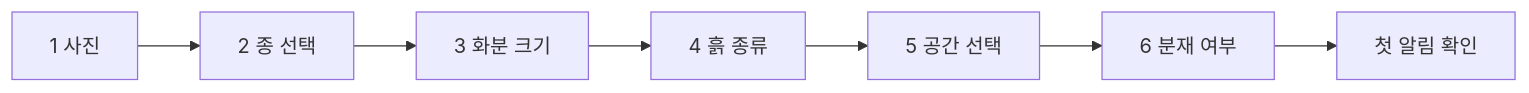
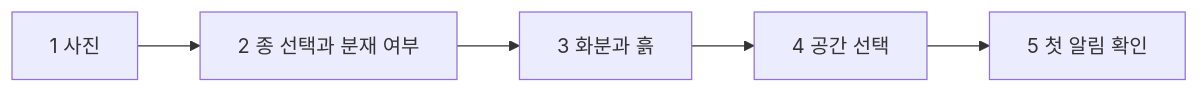
The third of 5 diagrams in SPEC.md (simonwhere/multtae), drawn with Mermaid before and after one commit. The commit also changed other lines of this file and 17 other files, not shown here.

````diff
--- a/SPEC.md
+++ b/SPEC.md
@@ -189,9 +186,7 @@
 ```mermaid
 flowchart LR
-  A[1 사진] --> B[2 종 선택]
-  B --> C[3 화분 크기]
-  C --> D[4 흙 종류]
-  D --> E[5 공간 선택]
-  E --> F[6 분재 여부]
-  F --> G[첫 알림 확인]
+  A[1 사진] --> B[2 종 선택과 분재 여부]
+  B --> C[3 화분과 흙]
+  C --> D[4 공간 선택]
+  D --> E[5 첫 알림 확인]
 ```
````
